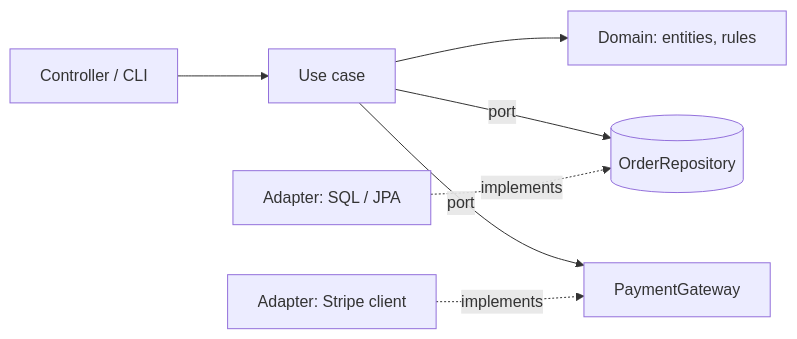
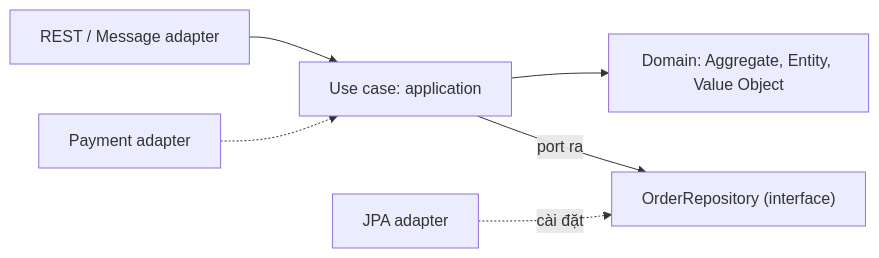
Before and after one commit to passion-Infinity/personal-tech-playbook: the diagram in src/assets/knowledge/playbooks/engineering-practices/clean-architecture-ddd-basics.md, drawn with Mermaid. The commit also changed other lines of this file and 8 other files, not shown here.

````diff
--- a/src/assets/knowledge/playbooks/engineering-practices/clean-architecture-ddd-basics.md
+++ b/src/assets/knowledge/playbooks/engineering-practices/clean-architecture-ddd-basics.md
@@ -18,9 +42,8 @@
 ```mermaid
 flowchart LR
-    UI[Controller / CLI] --> UC[Use case]
-    UC --> DOM["Domain: entities, rules"]
-    UC -->|port| REPO[(OrderRepository)]
-    ADP["Adapter: SQL / JPA"] -.->|implements| REPO
-    UC -->|port| PAY[PaymentGateway]
-    ADP2["Adapter: Stripe client"] -.->|implements| PAY
+    UI["REST / Message adapter"] --> UC["Use case: application"]
+    UC --> DOM["Domain: Aggregate, Entity, Value Object"]
+    UC -->|"port ra"| REPO["OrderRepository (interface)"]
+    JPA["JPA adapter"] -.->|"cài đặt"| REPO
+    PAY["Payment adapter"] -.-> UC
 ```
````
